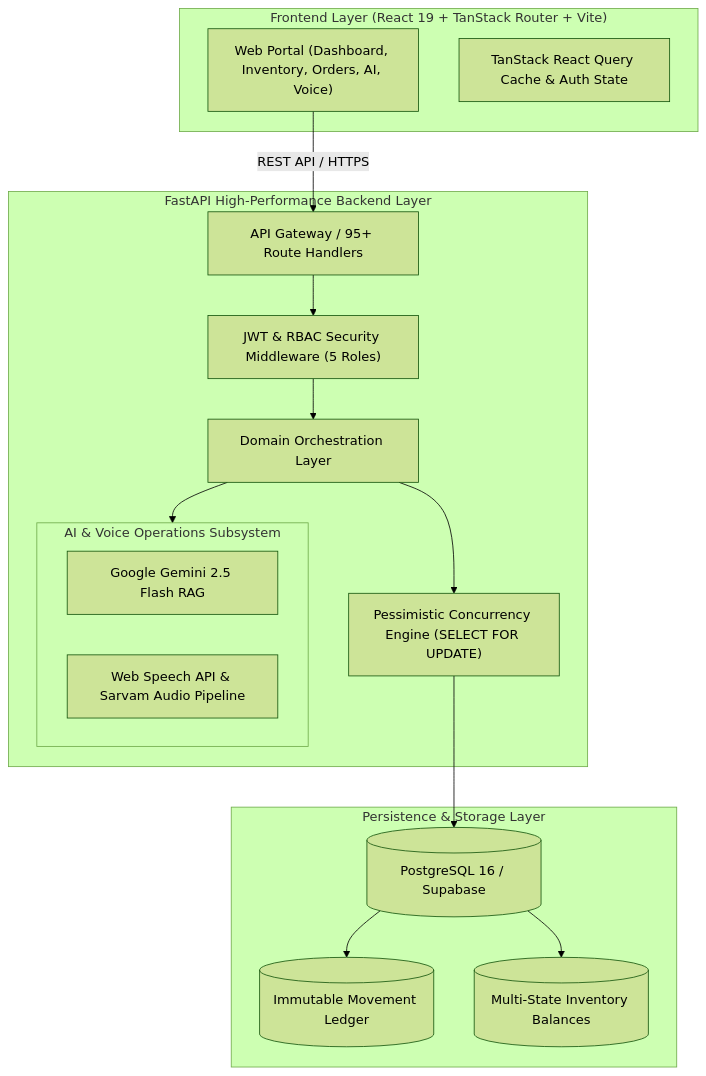
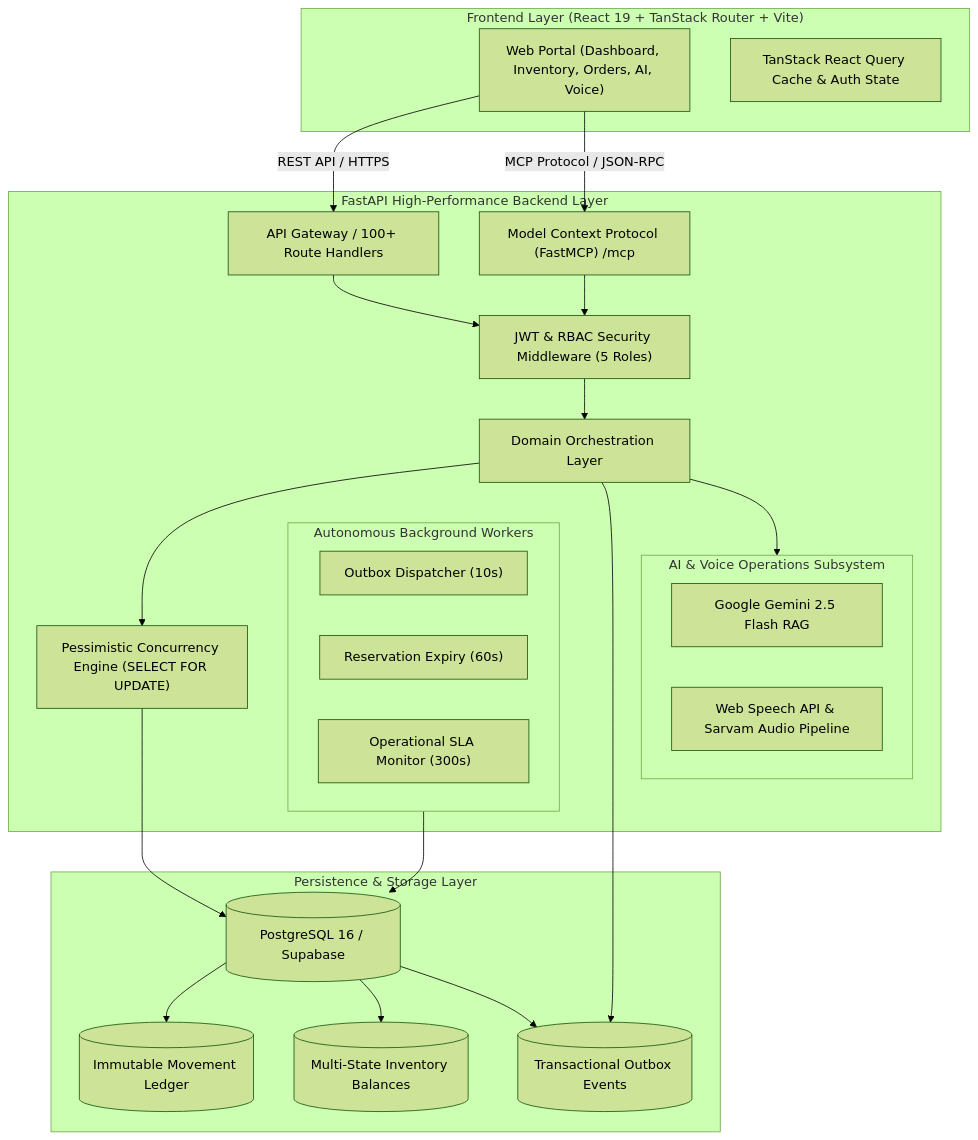
Before and after one commit to 25sarvesh2005/WAREHOUSE-MANAGEMENT-SYSTEM: the diagram in README.md, drawn with Mermaid (forest theme). The commit also changed other lines of this file and 1 other file, not shown here.

Commit message:
docs: add FastMCP server documentation and update implementation roadmap in README

````diff
--- a/README.md
+++ b/README.md
@@ -94,34 +132,47 @@
 ```mermaid
 flowchart TB
     subgraph Client["Frontend Layer (React 19 + TanStack Router + Vite)"]
         UI["Web Portal (Dashboard, Inventory, Orders, AI, Voice)"]
         State["TanStack React Query Cache & Auth State"]
     end
 
     subgraph Backend["FastAPI High-Performance Backend Layer"]
-        Router["API Gateway / 95+ Route Handlers"]
+        Router["API Gateway / 100+ Route Handlers"]
+        MCP["Model Context Protocol (FastMCP) /mcp"]
         Auth["JWT & RBAC Security Middleware (5 Roles)"]
         Controller["Domain Orchestration Layer"]
         Locking["Pessimistic Concurrency Engine (SELECT FOR UPDATE)"]
+        
+        subgraph Workers["Autonomous Background Workers"]
+            OutboxJob["Outbox Dispatcher (10s)"]
+            ExpiryJob["Reservation Expiry (60s)"]
+            SLAJob["Operational SLA Monitor (300s)"]
+        end
         
         subgraph AIService["AI & Voice Operations Subsystem"]
             Gemini["Google Gemini 2.5 Flash RAG"]
             Voice["Web Speech API & Sarvam Audio Pipeline"]
         end
     end
 
     subgraph Data["Persistence & Storage Layer"]
         Postgres[(PostgreSQL 16 / Supabase)]
         Ledger[("Immutable Movement Ledger")]
         Balances[("Multi-State Inventory Balances")]
+        OutboxTable[("Transactional Outbox Events")]
     end
 
     UI -->|REST API / HTTPS| Router
+    UI -->|MCP Protocol / JSON-RPC| MCP
     Router --> Auth
+    MCP --> Auth
     Auth --> Controller
     Controller --> Locking
     Controller --> AIService
+    Controller --> OutboxTable
     Locking --> Postgres
+    Workers --> Postgres
     Postgres --> Ledger
     Postgres --> Balances
+    Postgres --> OutboxTable
 ```
````
